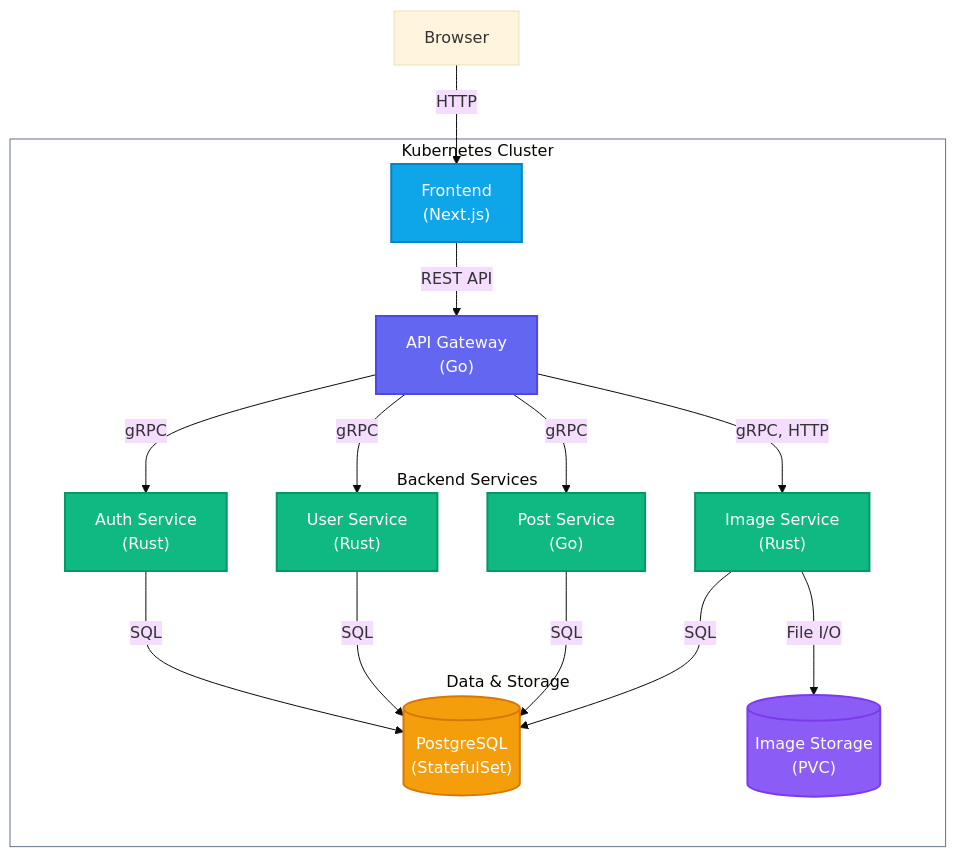
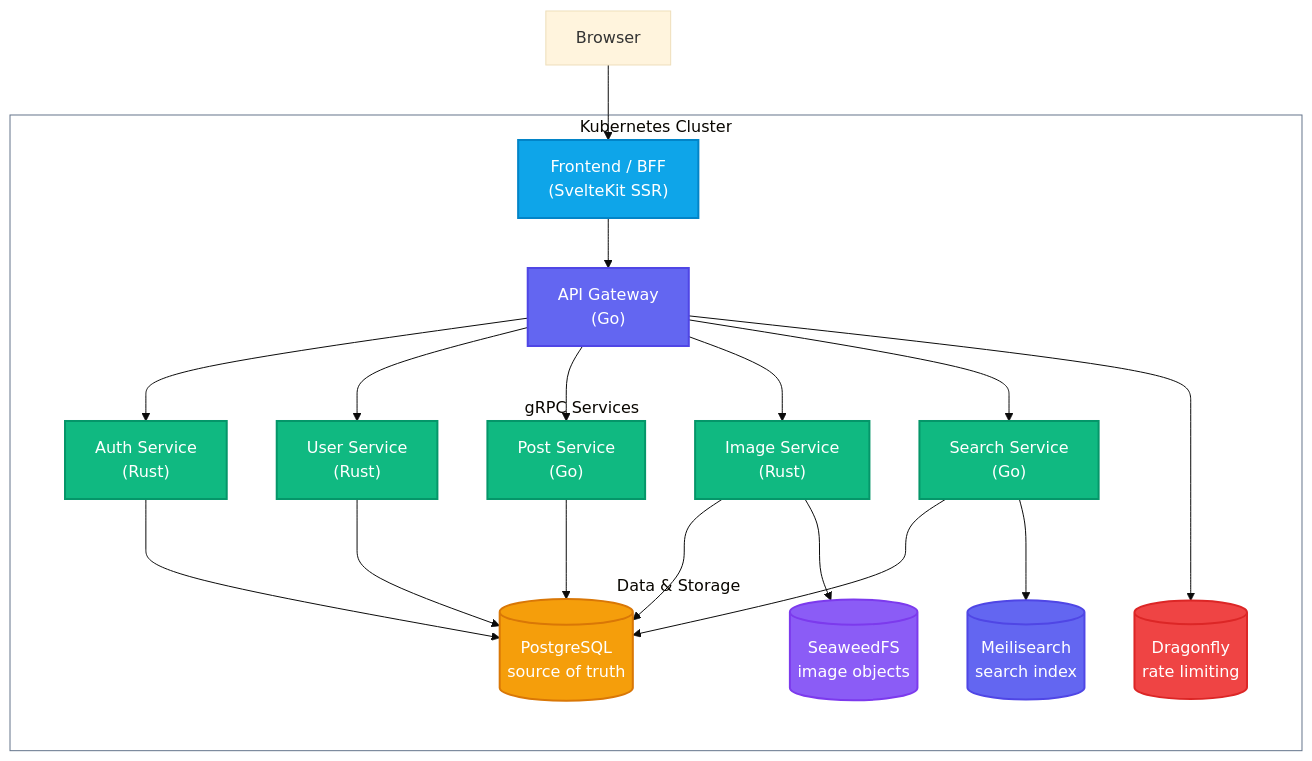
Before and after one commit to robbdimitrov/cogito: the diagram in README.md, drawn with Mermaid (base theme). The commit also changed other lines of this file and 10 other files, not shown here.

Commit message:
docs: add architectural blueprint specs

````diff
--- a/README.md
+++ b/README.md
@@ -16,44 +18,52 @@
 ```mermaid
 graph TD
     Browser["Browser"]
 
     subgraph cluster ["Kubernetes Cluster"]
-        Web["Frontend<br>(Next.js)"]:::frontend
+        Web["Frontend / BFF<br>(SvelteKit SSR)"]:::frontend
         API["API Gateway<br>(Go)"]:::gateway
 
-        subgraph services ["Backend Services"]
+        subgraph services ["gRPC Services"]
             Auth["Auth Service<br>(Rust)"]:::service
             Users["User Service<br>(Rust)"]:::service
             Posts["Post Service<br>(Go)"]:::service
             Images["Image Service<br>(Rust)"]:::service
+            Search["Search Service<br>(Go)"]:::service
         end
 
         subgraph data ["Data & Storage"]
-            DB[("PostgreSQL<br>(StatefulSet)")]:::database
-            Vol[("Image Storage<br>(PVC)")]:::storage
+            DB[("PostgreSQL<br>source of truth")]:::database
+            Cache[("Dragonfly<br>rate limiting")]:::cache
+            Blob[("SeaweedFS<br>image objects")]:::storage
+            Meili[("Meilisearch<br>search index")]:::search
         end
     end
 
-    Browser -->|HTTP| Web
-    Web -->|REST API| API
-    API -->|gRPC| Auth
-    API -->|gRPC| Users
-    API -->|gRPC| Posts
-    API -->|gRPC, HTTP| Images
-
-    Auth -->|SQL| DB
-    Users -->|SQL| DB
-    Posts -->|SQL| DB
-    Images -->|SQL| DB
-    Images -->|File I/O| Vol
+    Browser --> Web
+    Web --> API
+    API --> Auth
+    API --> Users
+    API --> Posts
+    API --> Images
+    API --> Search
+    Auth --> DB
+    Users --> DB
+    Posts --> DB
+    Images --> DB
+    Images --> Blob
+    Search --> DB
+    Search --> Meili
+    API --> Cache
 
     classDef frontend fill:#0ea5e9,stroke:#0284c7,stroke-width:2px,color:#fff
     classDef gateway fill:#6366f1,stroke:#4f46e5,stroke-width:2px,color:#fff
     classDef service fill:#10b981,stroke:#059669,stroke-width:2px,color:#fff
     classDef database fill:#f59e0b,stroke:#d97706,stroke-width:2px,color:#fff
     classDef storage fill:#8b5cf6,stroke:#7c3aed,stroke-width:2px,color:#fff
+    classDef cache fill:#ef4444,stroke:#dc2626,stroke-width:2px,color:#fff
+    classDef search fill:#6366f1,stroke:#4f46e5,stroke-width:2px,color:#fff
 
     style cluster fill:transparent,stroke:#64748b
     style services fill:transparent,stroke:transparent
     style data fill:transparent,stroke:transparent
 ```
````
